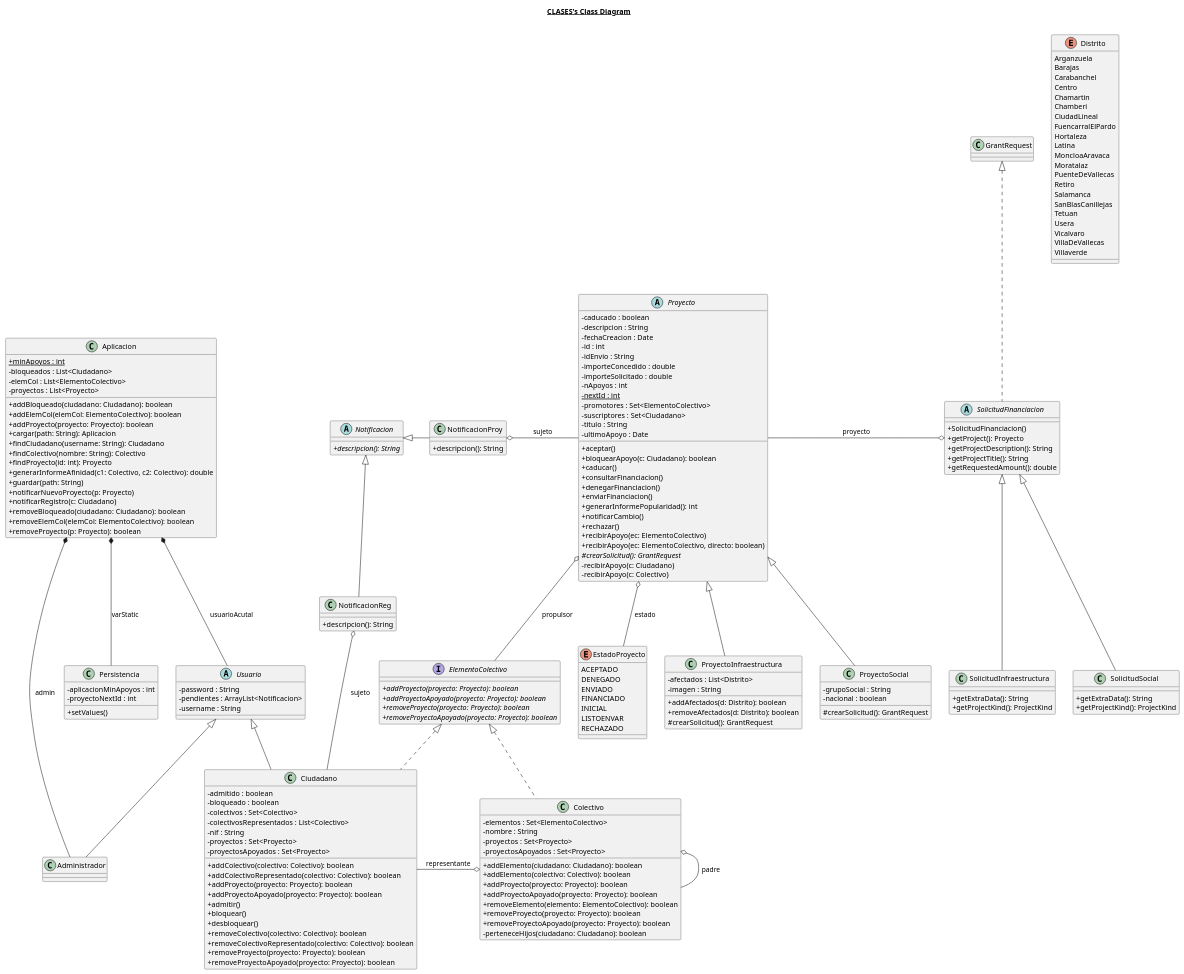
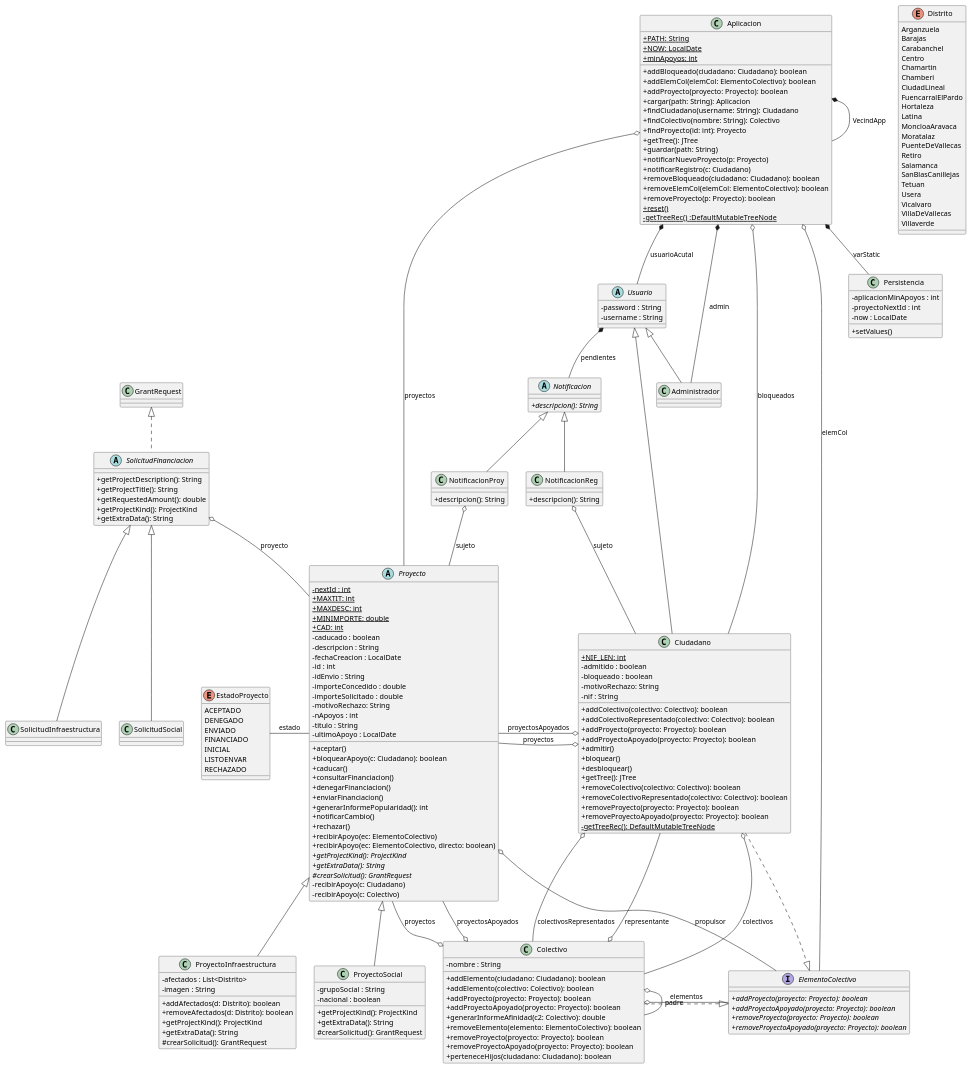
Before and after one commit to Fgp910/PADSOF_2020: the diagram in P3/clases.plantuml, drawn with PlantUML. The commit also changed 1 other file, not shown here.

```diff
--- a/P3/clases.plantuml
+++ b/P3/clases.plantuml
@@ -1,6 +1,4 @@
 @startuml
-
-title __CLASES's Class Diagram__\n
 
 skinparam classAttributeIconSize 0
 
@@ -8,10 +6,9 @@
       }
   
       class Aplicacion {
-          {static} + minApoyos : int
-          - bloqueados : List<Ciudadano>
-          - elemCol : List<ElementoColectivo>
-          - proyectos : List<Proyecto>
+          {static} + PATH: String
+          {static} + NOW: LocalDate
+          {static} + minApoyos: int
           + addBloqueado(ciudadano: Ciudadano): boolean
           + addElemCol(elemCol: ElementoColectivo): boolean
           + addProyecto(proyecto: Proyecto): boolean
@@ -19,24 +16,24 @@
           + findCiudadano(username: String): Ciudadano
           + findColectivo(nombre: String): Colectivo
           + findProyecto(id: int): Proyecto
-          + generarInformeAfinidad(c1: Colectivo, c2: Colectivo): double
+          + getTree(): JTree
           + guardar(path: String)
           + notificarNuevoProyecto(p: Proyecto)
           + notificarRegistro(c: Ciudadano)
           + removeBloqueado(ciudadano: Ciudadano): boolean
           + removeElemCol(elemCol: ElementoColectivo): boolean
           + removeProyecto(p: Proyecto): boolean
+          {static} + reset()
+          {static} - getTreeRec() :DefaultMutableTreeNode
       }
   
 
     class Ciudadano {
+      {static} + NIF_LEN: int
       - admitido : boolean
       - bloqueado : boolean
-      - colectivos : Set<Colectivo>
-      - colectivosRepresentados : List<Colectivo>
+      - motivoRechazo: String
       - nif : String
-      - proyectos : Set<Proyecto>
-      - proyectosApoyados : Set<Proyecto>
       + addColectivo(colectivo: Colectivo): boolean
       + addColectivoRepresentado(colectivo: Colectivo): boolean
       + addProyecto(proyecto: Proyecto): boolean
@@ -44,25 +41,25 @@
       + admitir()
       + bloquear()
       + desbloquear()
+      + getTree(): JTree
       + removeColectivo(colectivo: Colectivo): boolean
       + removeColectivoRepresentado(colectivo: Colectivo): boolean
       + removeProyecto(proyecto: Proyecto): boolean
       + removeProyectoApoyado(proyecto: Proyecto): boolean
+      {static} - getTreeRec(): DefaultMutableTreeNode
     }
 
       class Colectivo {
-          - elementos : Set<ElementoColectivo>
           - nombre : String
-          - proyectos : Set<Proyecto>
-          - proyectosApoyados : Set<Proyecto>
           + addElemento(ciudadano: Ciudadano): boolean
           + addElemento(colectivo: Colectivo): boolean
           + addProyecto(proyecto: Proyecto): boolean
           + addProyectoApoyado(proyecto: Proyecto): boolean
+          + generarInformeAfinidad(c2: Colectivo): double
           + removeElemento(elemento: ElementoColectivo): boolean
           + removeProyecto(proyecto: Proyecto): boolean
           + removeProyectoApoyado(proyecto: Proyecto): boolean
-          - perteneceHijos(ciudadano: Ciudadano): boolean
+          + perteneceHijos(ciudadano: Ciudadano): boolean
       }
 
       enum Distrito {
@@ -122,23 +119,27 @@
       class Persistencia {
           - aplicacionMinApoyos : int
           - proyectoNextId : int
+          - now : LocalDate
           + setValues()
       }
 
       abstract class Proyecto {
+          {static} - nextId : int
+          {static} + MAXTIT: int
+          {static} + MAXDESC: int
+          {static} + MINIMPORTE: double
+          {static} + CAD: int
           - caducado : boolean
           - descripcion : String
-          - fechaCreacion : Date
+          - fechaCreacion : LocalDate
           - id : int
           - idEnvio : String
           - importeConcedido : double
           - importeSolicitado : double
+          - motivoRechazo: String
           - nApoyos : int
-          {static} - nextId : int
-          - promotores : Set<ElementoColectivo>
-          - suscriptores : Set<Ciudadano>
           - titulo : String
-          - ultimoApoyo : Date
+          - ultimoApoyo : LocalDate
           + aceptar()
           + bloquearApoyo(c: Ciudadano): boolean
           + caducar()
@@ -150,6 +151,8 @@
           + rechazar()
           + recibirApoyo(ec: ElementoColectivo)
           + recibirApoyo(ec: ElementoColectivo, directo: boolean)
+          {abstract} +getProjectKind(): ProjectKind
+          {abstract} +getExtraData(): String
           {abstract} # crearSolicitud(): GrantRequest
           - recibirApoyo(c: Ciudadano)
           - recibirApoyo(c: Colectivo)
@@ -160,36 +163,30 @@
           - imagen : String
           + addAfectados(d: Distrito): boolean
           + removeAfectados(d: Distrito): boolean
+          + getProjectKind(): ProjectKind
+          + getExtraData(): String
           # crearSolicitud(): GrantRequest
+
       }
 
       class ProyectoSocial {
           - grupoSocial : String
           - nacional : boolean
+          + getProjectKind(): ProjectKind
+          + getExtraData(): String
           # crearSolicitud(): GrantRequest
       }
 
       abstract class SolicitudFinanciacion {
-          + SolicitudFinanciacion()
-          + getProject(): Proyecto
           + getProjectDescription(): String
           + getProjectTitle(): String
           + getRequestedAmount(): double
-      }
-
-      class SolicitudInfraestructura {
+          + getProjectKind(): ProjectKind
           + getExtraData(): String
-          + getProjectKind(): ProjectKind
-      }
-
-      class SolicitudSocial {
-          + getExtraData(): String
-          + getProjectKind(): ProjectKind
       }
 
       abstract class Usuario {
           - password : String
-          - pendientes : ArrayList<Notificacion>
           - username : String
       }
   
@@ -198,23 +195,35 @@
   Aplicacion *-- Administrador : admin
   Aplicacion *-- Usuario : usuarioAcutal
   Aplicacion *-- Persistencia : varStatic
-  Ciudadano .up.|> ElementoColectivo
+  Ciudadano .right.|> ElementoColectivo
   Ciudadano -up-|> Usuario
-  Colectivo .up.|> ElementoColectivo
+  Colectivo .right.|> ElementoColectivo
   Colectivo o-- Colectivo : padre
-  Colectivo o-left- Ciudadano : representante
-  NotificacionProy -left-|> Notificacion
-  NotificacionProy o-right- Proyecto : sujeto
-  NotificacionReg -left-|> Notificacion
+  Colectivo o-- Ciudadano : representante
+  NotificacionProy -up-|> Notificacion
+  NotificacionProy o-- Proyecto : sujeto
+  NotificacionReg -up-|> Notificacion
   NotificacionReg o-- Ciudadano : sujeto
-  Proyecto o-- EstadoProyecto : estado
-  Proyecto o-- ElementoColectivo : propulsor
+  Proyecto -left- EstadoProyecto : estado
+  Proyecto o-up- ElementoColectivo : propulsor
   ProyectoInfraestructura -up-|> Proyecto
   ProyectoSocial -up-|> Proyecto
   SolicitudFinanciacion .up.|> GrantRequest
-  SolicitudFinanciacion o-left- Proyecto : proyecto
+  SolicitudFinanciacion o-- Proyecto : proyecto
   SolicitudInfraestructura -up-|> SolicitudFinanciacion
   SolicitudSocial -up-|> SolicitudFinanciacion
+  Usuario *-- Notificacion: pendientes
+  Colectivo o-- ElementoColectivo: elementos
+  Colectivo o-left- Proyecto: proyectos
+  Colectivo o-left- Proyecto: proyectosApoyados
+  Ciudadano o-left- Proyecto: proyectos
+  Ciudadano o-left- Proyecto: proyectosApoyados
+  Ciudadano o-down- Colectivo: colectivos
+  Ciudadano o-down- Colectivo: colectivosRepresentados
+  Aplicacion o-- ElementoColectivo: elemCol
+  Aplicacion o-- Ciudadano: bloqueados
+  Aplicacion o-- Proyecto: proyectos
+  Aplicacion *-- Aplicacion: VecindApp
 
 
 @enduml
```
